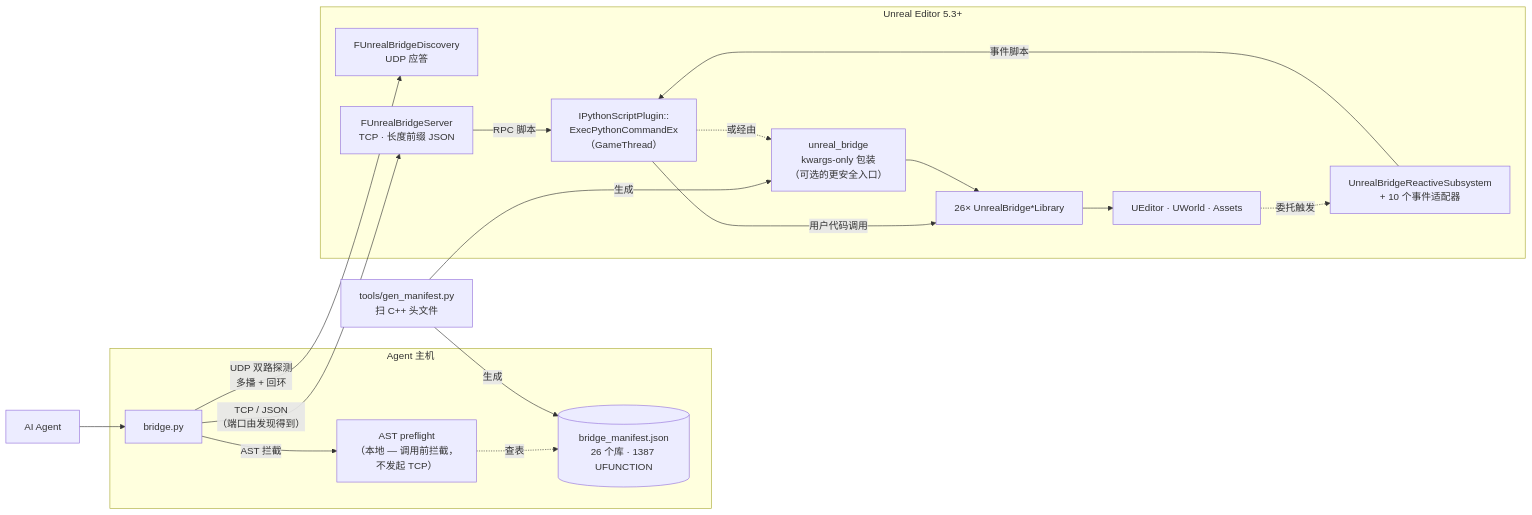
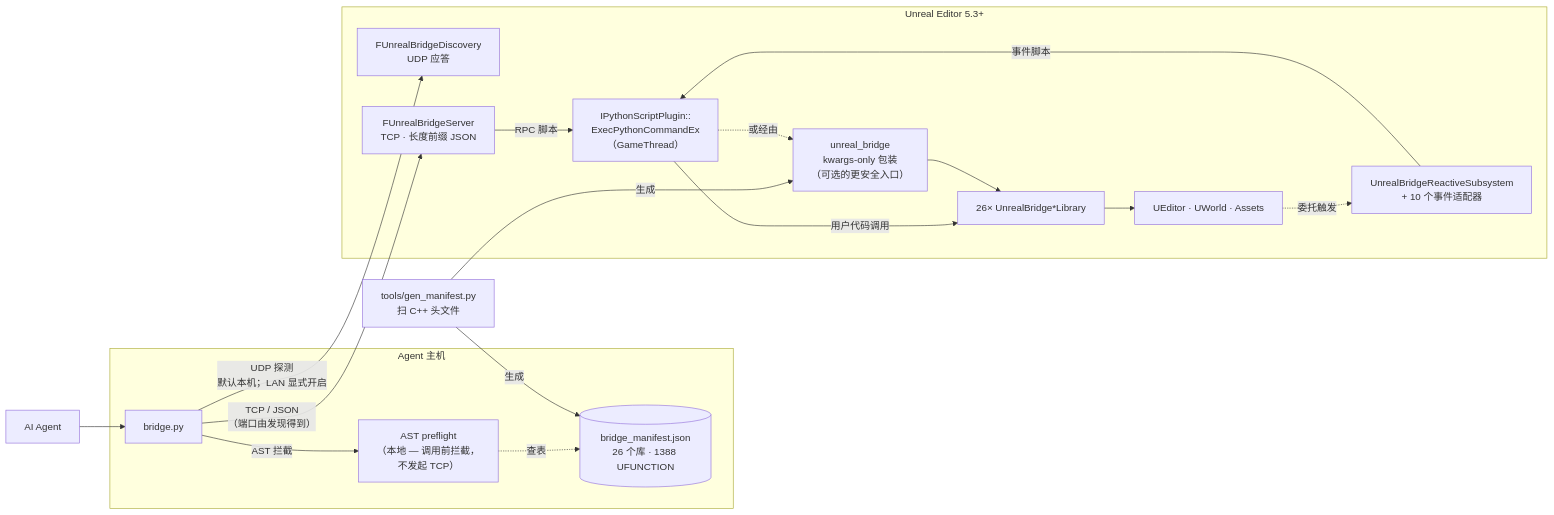
The diagram in README.zh-CN.md (TornLux/UnrealBridge), drawn with Mermaid before and after one commit. The commit also changed other lines of this file and 16 other files, not shown here.

Commit message:
fix: harden discovery and material graph mutations

````diff
--- a/README.zh-CN.md
+++ b/README.zh-CN.md
@@ -45,40 +45,40 @@
 ```mermaid
 flowchart LR
     Agent["AI Agent"]
 
     subgraph Host["Agent 主机"]
       CLI["bridge.py"]
       Pre["AST preflight<br/>（本地 — 调用前拦截，<br/>不发起 TCP）"]
-      Mani[("bridge_manifest.json<br/>26 个库 · 1387 UFUNCTION")]
+      Mani[("bridge_manifest.json<br/>26 个库 · 1388 UFUNCTION")]
     end
 
     Gen["tools/gen_manifest.py<br/>扫 C++ 头文件"]
 
     subgraph UE["Unreal Editor 5.3+"]
       Disc["FUnrealBridgeDiscovery<br/>UDP 应答"]
       Server["FUnrealBridgeServer<br/>TCP · 长度前缀 JSON"]
       Reactive["UnrealBridgeReactiveSubsystem<br/>+ 10 个事件适配器"]
       Exec["IPythonScriptPlugin::<br/>ExecPythonCommandEx<br/>（GameThread）"]
       Wrap["unreal_bridge<br/>kwargs-only 包装<br/>（可选的更安全入口）"]
       Libs["26× UnrealBridge*Library"]
       Engine["UEditor · UWorld · Assets"]
     end
 
     Agent --> CLI
     CLI -- "AST 拦截" --> Pre
     Pre -. "查表" .-> Mani
 
     Gen -- "生成" --> Mani
     Gen -- "生成" --> Wrap
 
-    CLI -- "UDP 双路探测<br/>多播 + 回环" --> Disc
+    CLI -- "UDP 探测<br/>默认本机；LAN 显式开启" --> Disc
     CLI -- "TCP / JSON<br/>（端口由发现得到）" --> Server
     Server -- "RPC 脚本" --> Exec
     Engine -. "委托触发" .-> Reactive
     Reactive -- "事件脚本" --> Exec
 
     Exec -- "用户代码调用" --> Libs
     Exec -. "或经由" .-> Wrap
     Wrap --> Libs
     Libs --> Engine
 ```
````
